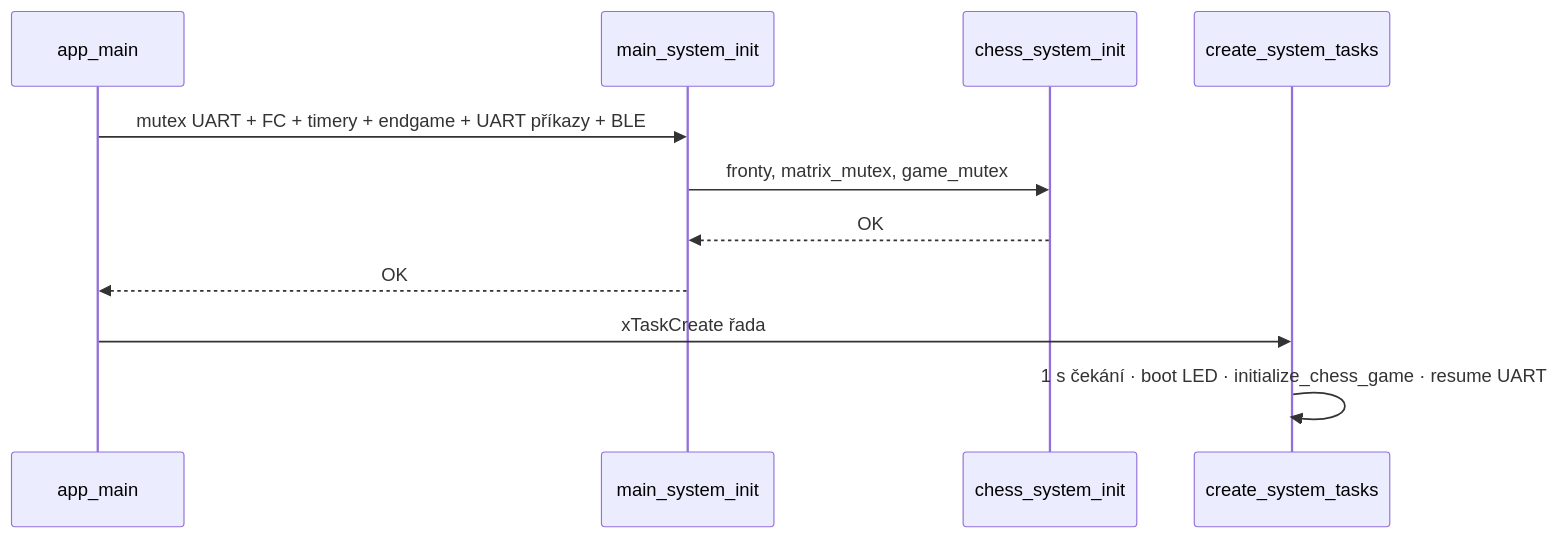
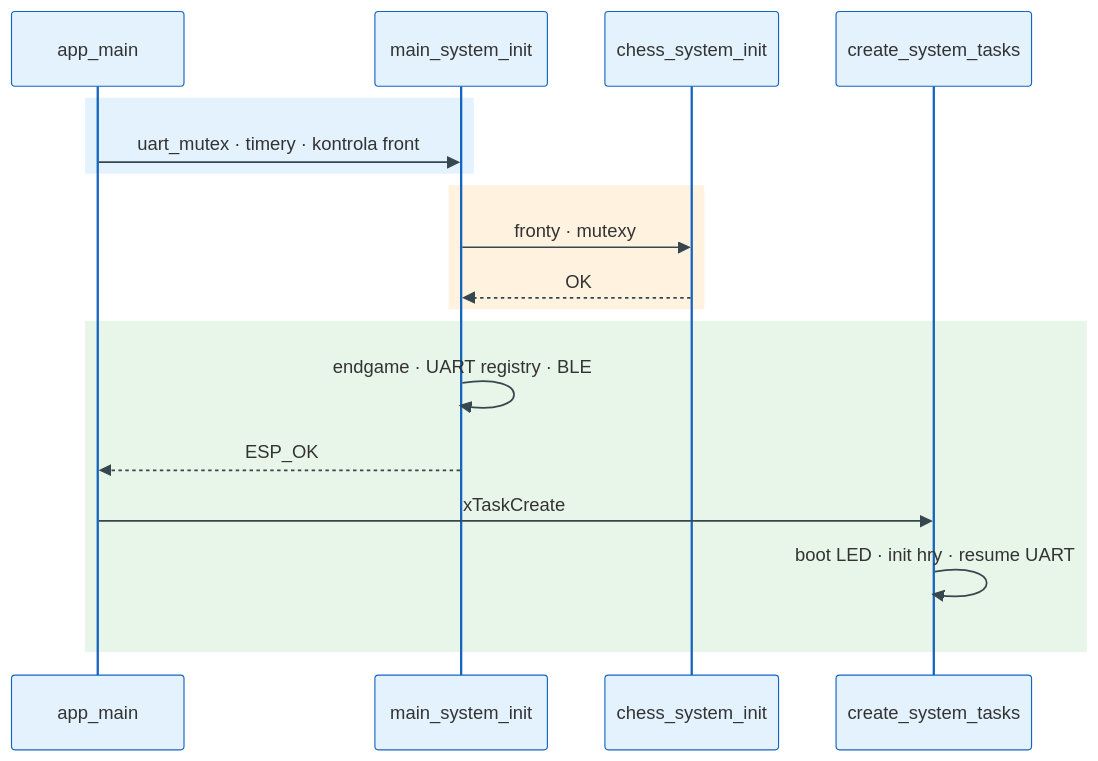
The first of 6 diagrams in docs/diagrams/README.md (AlfredKrutina/chess_esp32_c6_devkit), drawn with Mermaid before and after one commit. The commit also changed other lines of this file and 29 other files, not shown here.

First line of the commit message:
docs: barevné Mermaid SVG, LED + Flutter vrstvy, lokální backlog

````diff
--- a/docs/diagrams/README.md
+++ b/docs/diagrams/README.md
@@ -50,13 +52,21 @@
 ```mermaid
+%%{init: {'theme':'base', 'themeVariables': {'actorBkg':'#e3f2fd','actorBorder':'#1565c0','signalColor':'#37474f'}}}%%
 sequenceDiagram
   participant AM as app_main
   participant SYS as main_system_init
   participant FC as chess_system_init
   participant CR as create_system_tasks
-  AM->>SYS: mutex UART + FC + timery + endgame + UART příkazy + BLE
-  SYS->>FC: fronty, matrix_mutex, game_mutex
-  FC-->>SYS: OK
-  SYS-->>AM: OK
-  AM->>CR: xTaskCreate řada
-  CR->>CR: 1 s čekání · boot LED · initialize_chess_game · resume UART
+  rect rgb(227, 242, 253)
+    AM->>SYS: uart_mutex · timery · kontrola front
+  end
+  rect rgb(255, 243, 224)
+    SYS->>FC: fronty · mutexy
+    FC-->>SYS: OK
+  end
+  rect rgb(232, 245, 233)
+    SYS->>SYS: endgame · UART registry · BLE
+    SYS-->>AM: ESP_OK
+    AM->>CR: xTaskCreate
+    CR->>CR: boot LED · init hry · resume UART
+  end
 ```
````
